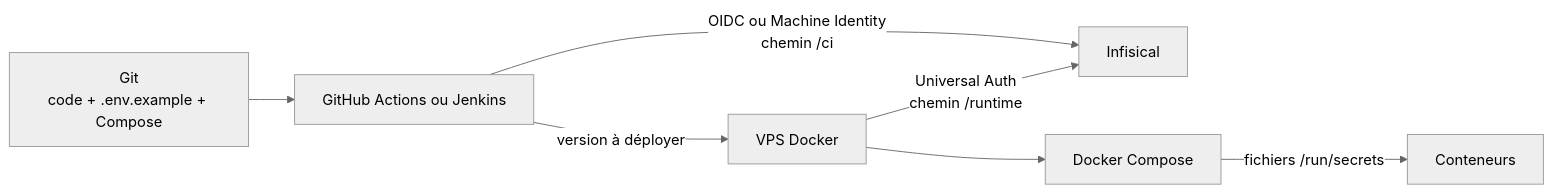
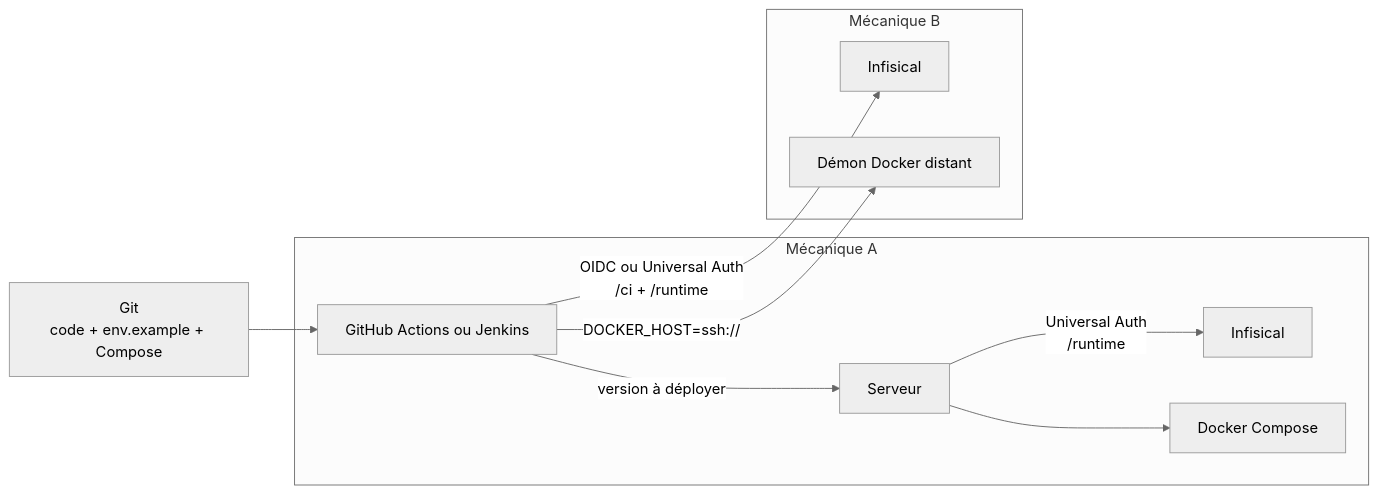
Before and after one commit to Martin-dhlle/step-eco-dev-docs-starlight: the diagram in src/content/docs/1-publication-application/1-gerer-les-secrets.md, drawn with Mermaid (neutral theme). The commit also changed other lines of this file and 4 other files, not shown here.

````diff
--- a/src/content/docs/1-publication-application/1-gerer-les-secrets.md
+++ b/src/content/docs/1-publication-application/1-gerer-les-secrets.md
@@ -21,9 +76,15 @@
 ```mermaid
 flowchart LR
-  Git[Git\ncode + .env.example + Compose] --> CI[GitHub Actions ou Jenkins]
-  CI -->|version à déployer| VPS[VPS Docker]
-  CI -->|OIDC ou Machine Identity\nchemin /ci| Infisical[Infisical]
-  VPS -->|Universal Auth\nchemin /runtime| Infisical
-  VPS --> Compose[Docker Compose]
-  Compose -->|fichiers /run/secrets| App[Conteneurs]
+  Git[Git<br/>code + env.example + Compose] --> CI[GitHub Actions ou Jenkins]
+
+  subgraph A[Mécanique A]
+    CI -->|version à déployer| SrvA[Serveur]
+    SrvA -->|Universal Auth<br/>/runtime| InfA[Infisical]
+    SrvA --> ComposeA[Docker Compose]
+  end
+
+  subgraph B[Mécanique B]
+    CI -->|OIDC ou Universal Auth<br/>/ci + /runtime| InfB[Infisical]
+    CI -->|DOCKER_HOST=ssh://| SrvB[Démon Docker distant]
+  end
 ```
````
